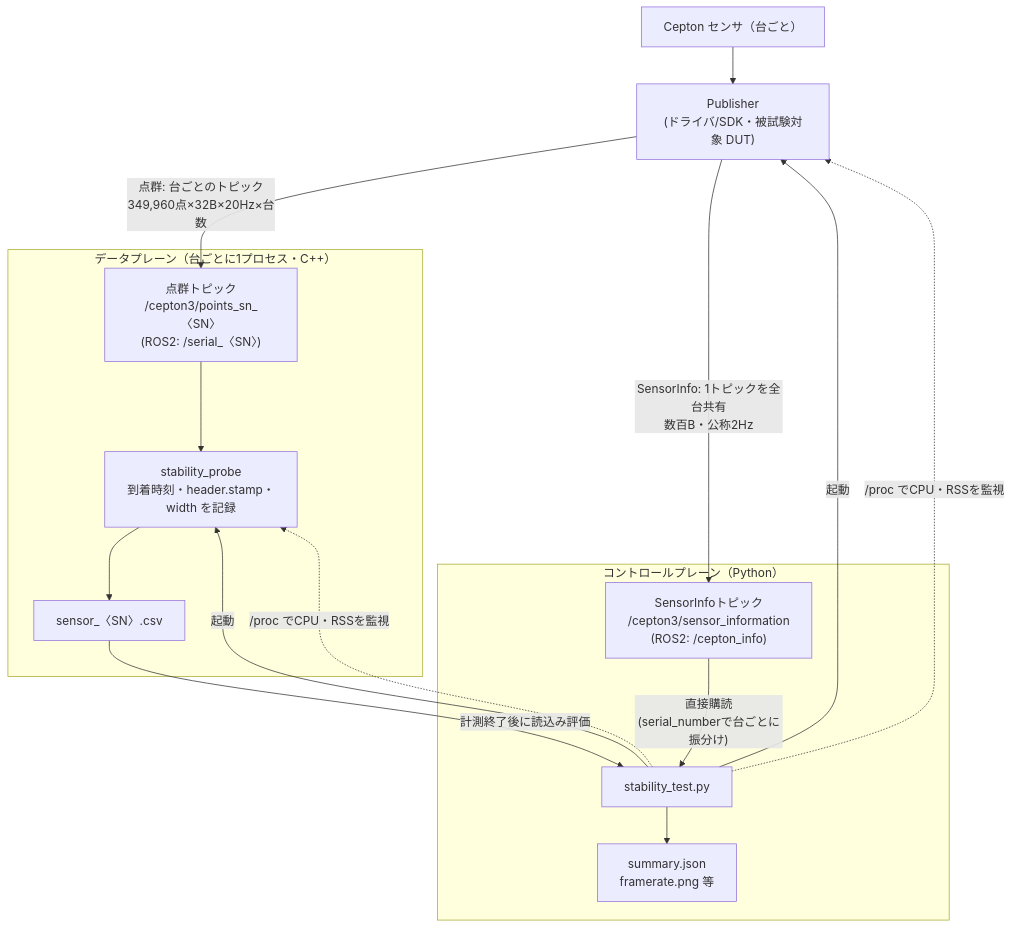
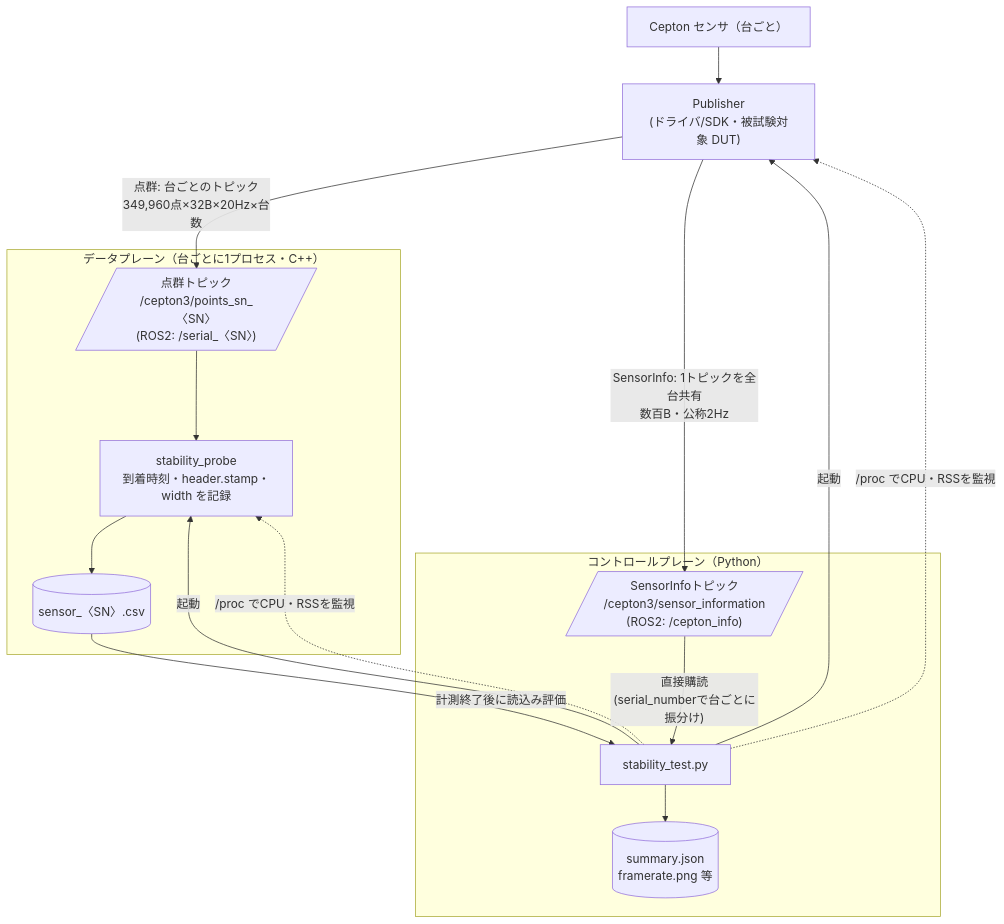
One commit to ceptontech/ros changed the diagram in scripts/stability_test/README_ja.md. Above: the diagram before and after it, drawn with Mermaid. The commit also changed other lines of this file, not shown here.

Commit message:
change shapes

````diff
--- a/scripts/stability_test/README_ja.md
+++ b/scripts/stability_test/README_ja.md
@@ -11,23 +11,23 @@
 ```mermaid
 flowchart TB
     SENSOR["Cepton センサ（台ごと）"] --> PUB["Publisher<br/>(ドライバ/SDK・被試験対象 DUT)"]
 
-    PUB -- "点群: 台ごとのトピック<br/>349,960点×32B×20Hz×台数" --> DPIN["点群トピック<br/>/cepton3/points_sn_〈SN〉<br/>(ROS2: /serial_〈SN〉)"]
-    PUB -- "SensorInfo: 1トピックを全台共有<br/>数百B・公称2Hz" --> CPIN["SensorInfoトピック<br/>/cepton3/sensor_information<br/>(ROS2: /cepton_info)"]
+    PUB -- "点群: 台ごとのトピック<br/>349,960点×32B×20Hz×台数" --> DPIN[/"点群トピック<br/>/cepton3/points_sn_〈SN〉<br/>(ROS2: /serial_〈SN〉)"/]
+    PUB -- "SensorInfo: 1トピックを全台共有<br/>数百B・公称2Hz" --> CPIN[/"SensorInfoトピック<br/>/cepton3/sensor_information<br/>(ROS2: /cepton_info)"/]
 
     subgraph DP["データプレーン（台ごとに1プロセス・C++）"]
         DPIN --> PR["stability_probe<br/>到着時刻・header.stamp・width を記録"]
-        PR --> CSV["sensor_〈SN〉.csv"]
+        PR --> CSV[("sensor_〈SN〉.csv")]
     end
 
     subgraph CP["コントロールプレーン（Python）"]
         CPIN -- "直接購読<br/>(serial_numberで台ごとに振分け)" --> ST["stability_test.py"]
-        ST --> REPORT["summary.json<br/>framerate.png 等"]
+        ST --> REPORT[("summary.json<br/>framerate.png 等")]
     end
 
     ST -- "起動" --> PUB
     ST -- "起動" --> PR
     ST -. "/proc でCPU・RSSを監視" .-> PUB
     ST -. "/proc でCPU・RSSを監視" .-> PR
     CSV -- "計測終了後に読込み評価" --> ST
 ```
````
